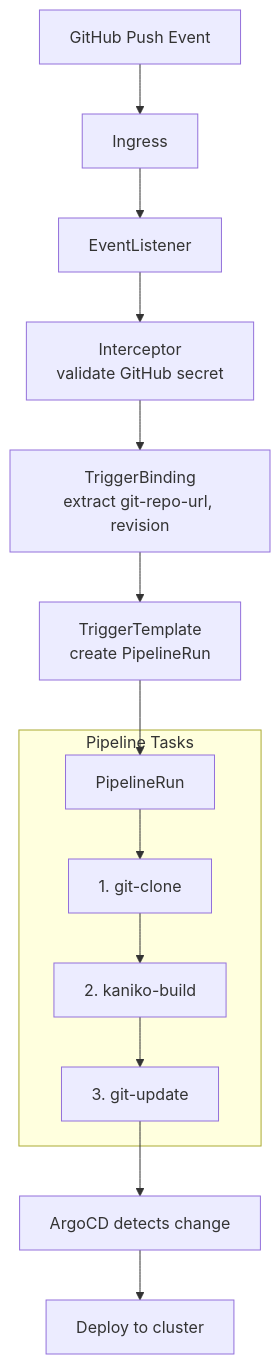
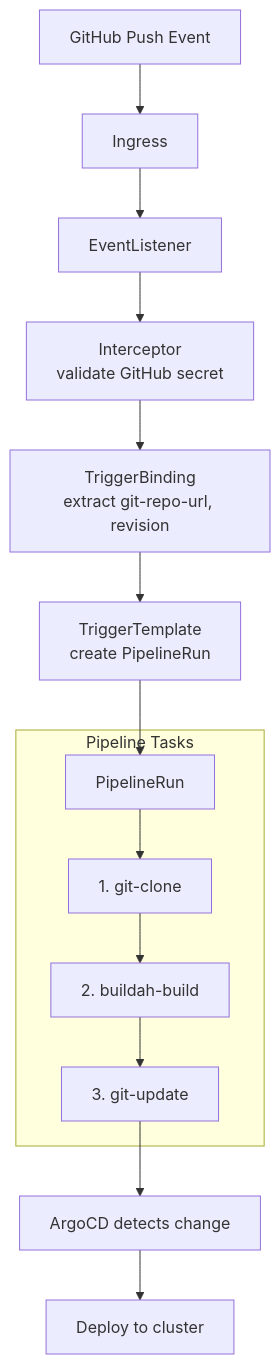
The seventh of 7 diagrams in docs/design/tekton-cue-mapping-design.md (helios-platform-team/helios-platform), drawn with Mermaid before and after one commit. The commit also changed other lines of this file and 152 other files, not shown here.

````diff
--- a/docs/design/tekton-cue-mapping-design.md
+++ b/docs/design/tekton-cue-mapping-design.md
@@ -1043,18 +1043,18 @@
 ```mermaid
 flowchart TD
     A[GitHub Push Event] --> B[Ingress]
     B --> C[EventListener]
     C --> D[Interceptor<br/>validate GitHub secret]
     D --> E[TriggerBinding<br/>extract git-repo-url, revision]
     E --> F[TriggerTemplate<br/>create PipelineRun]
     F --> G[PipelineRun]
     
     subgraph Tasks["Pipeline Tasks"]
         G --> H[1. git-clone]
-        H --> I[2. kaniko-build]
+        H --> I[2. buildah-build]
         I --> J[3. git-update]
     end
     
     J --> K[ArgoCD detects change]
     K --> L[Deploy to cluster]
 ```
````
